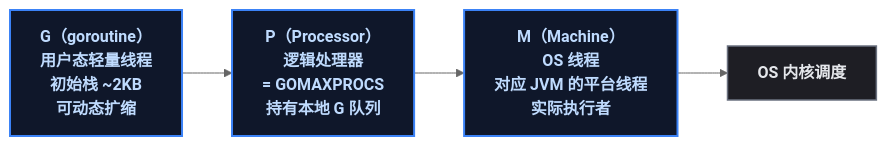
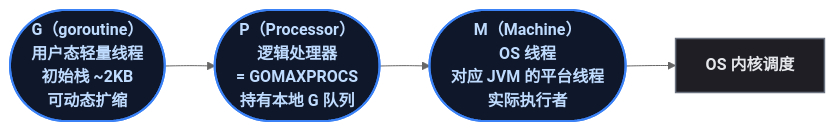
One commit to yaocat55/yaocat55.github.io changed the third of 8 diagrams in content/posts/go/GoRuntimeJVM.md. Above: the diagram before and after it, drawn with Mermaid (neutral theme). The commit also changed other lines of this file and 14 other files, not shown here.

````diff
--- a/content/posts/go/GoRuntimeJVM.md
+++ b/content/posts/go/GoRuntimeJVM.md
@@ -119,16 +119,16 @@
 ```mermaid
 flowchart LR
-    G["G（goroutine）\n用户态轻量线程\n初始栈 ~2KB\n可动态扩缩"]
-    M["M（Machine）\nOS 线程\n对应 JVM 的平台线程\n实际执行者"]
-    P["P（Processor）\n逻辑处理器\n= GOMAXPROCS\n持有本地 G 队列"]
+    G(["G（goroutine）\n用户态轻量线程\n初始栈 ~2KB\n可动态扩缩"])
+    M(["M（Machine）\nOS 线程\n对应 JVM 的平台线程\n实际执行者"])
+    P(["P（Processor）\n逻辑处理器\n= GOMAXPROCS\n持有本地 G 队列"])
 
     G --> P
     P --> M
     M --> OS["OS 内核调度"]
 
 classDef root fill:#0f172a,stroke:#3b82f6,stroke-width:2px,color:#bfdbfe,font-weight:bold;
 classDef process fill:#1e1e24,stroke:#6b7280,stroke-width:1.5px,color:#e5e7eb;
 
     class G,P,M root
     class OS process
 ```
````
